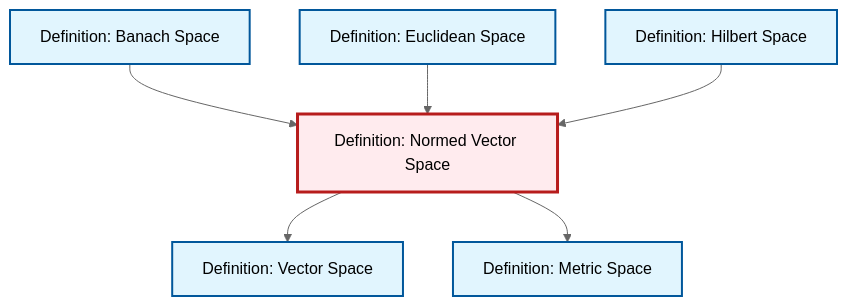
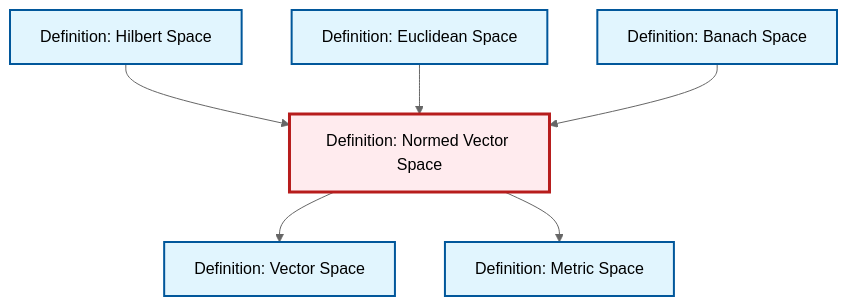
One commit to RK0429/ModernMath changed the diagram in content/ja/analysis/def-normed-vector-space.qmd. Above: the diagram before and after it, drawn with Mermaid (neutral theme). The commit also changed other lines of this file and 634 other files, not shown here.

````diff
--- a/content/ja/analysis/def-normed-vector-space.qmd
+++ b/content/ja/analysis/def-normed-vector-space.qmd
@@ -132,26 +132,26 @@
 ```{mermaid}
 %%| fig-cap: "Local dependency graph"
 graph TD
     classDef definition fill:#e1f5fe,stroke:#01579b,stroke-width:2px
     classDef theorem fill:#f3e5f5,stroke:#4a148c,stroke-width:2px
     classDef axiom fill:#fff3e0,stroke:#e65100,stroke-width:2px
     classDef example fill:#e8f5e9,stroke:#1b5e20,stroke-width:2px
     classDef current fill:#ffebee,stroke:#b71c1c,stroke-width:3px
+    def-hilbert-space["Definition: Hilbert Space"]:::definition
+    def-banach-space["Definition: Banach Space"]:::definition
     def-metric-space["Definition: Metric Space"]:::definition
-    def-banach-space["Definition: Banach Space"]:::definition
     def-euclidean-space["Definition: Euclidean Space"]:::definition
-    def-hilbert-space["Definition: Hilbert Space"]:::definition
+    def-vector-space["Definition: Vector Space"]:::definition
     def-normed-vector-space["Definition: Normed Vector Space"]:::definition
-    def-vector-space["Definition: Vector Space"]:::definition
+    def-hilbert-space --> def-normed-vector-space
     def-normed-vector-space --> def-vector-space
-    def-banach-space --> def-normed-vector-space
     def-euclidean-space --> def-normed-vector-space
     def-normed-vector-space --> def-metric-space
-    def-hilbert-space --> def-normed-vector-space
+    def-banach-space --> def-normed-vector-space
     class def-normed-vector-space current
+    click def-hilbert-space "def-hilbert-space.html" "Definition: Hilbert Spaceへ"
+    click def-banach-space "def-banach-space.html" "Definition: Banach Spaceへ"
     click def-metric-space "def-metric-space.html" "Definition: Metric Spaceへ"
-    click def-banach-space "def-banach-space.html" "Definition: Banach Spaceへ"
     click def-euclidean-space "def-euclidean-space.html" "Definition: Euclidean Spaceへ"
-    click def-hilbert-space "def-hilbert-space.html" "Definition: Hilbert Spaceへ"
     click def-vector-space "def-vector-space.html" "Definition: Vector Spaceへ"
 ```
````
